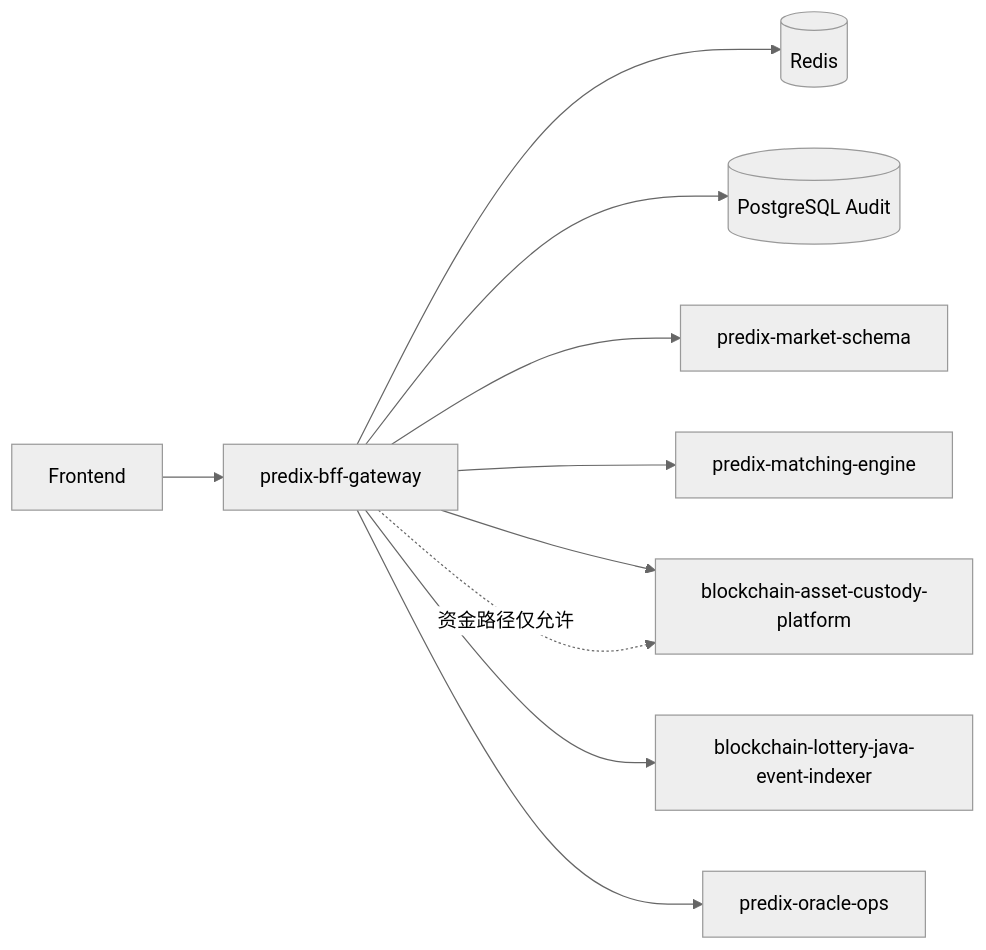
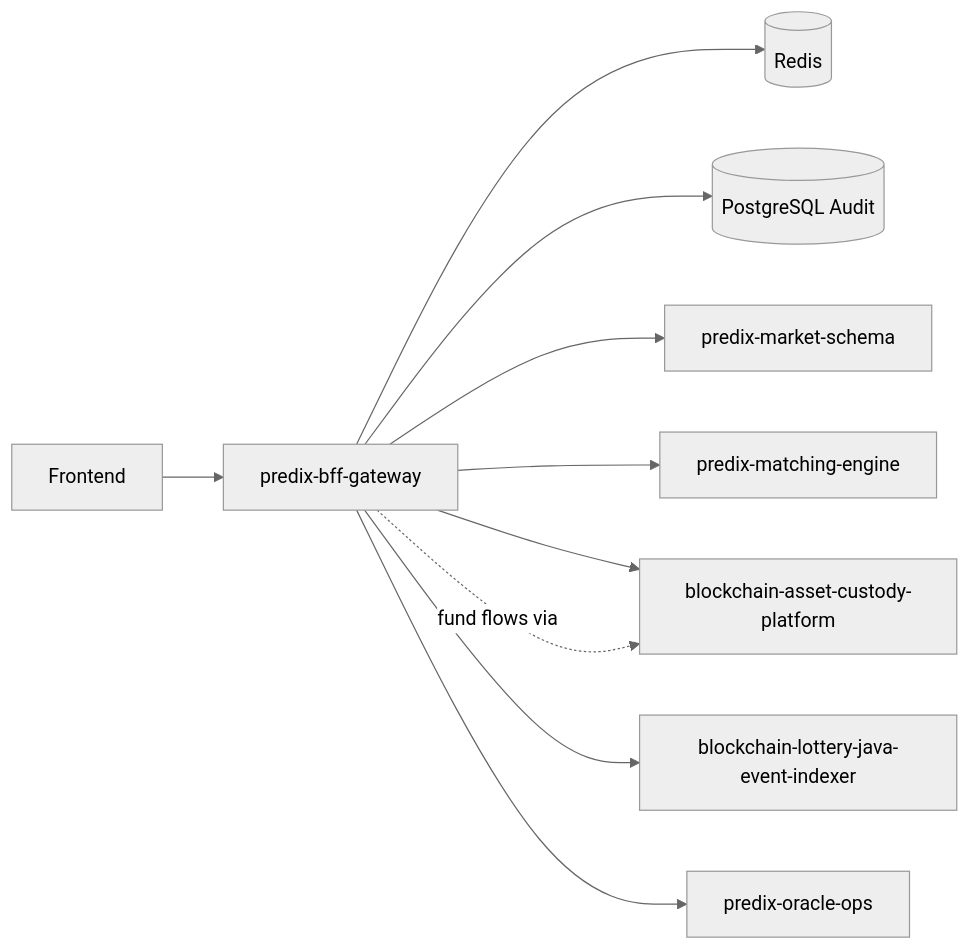
One commit to predix-sea/predix-bff-gateway changed the diagram in README.md. Above: the diagram before and after it, drawn with Mermaid (neutral theme). The commit also changed other lines of this file, not shown here.

````diff
--- a/README.md
+++ b/README.md
@@ -109,12 +143,12 @@
 ```mermaid
 flowchart LR
   FE[Frontend] --> BFF[predix-bff-gateway]
   BFF --> Redis[(Redis)]
   BFF --> PG[(PostgreSQL Audit)]
   BFF --> MS[predix-market-schema]
   BFF --> ME[predix-matching-engine]
   BFF --> BACP[blockchain-asset-custody-platform]
   BFF --> IDX[blockchain-lottery-java-event-indexer]
   BFF --> OO[predix-oracle-ops]
-  BFF -.->|资金路径仅允许| BACP
+  BFF -.->|fund flows via| BACP
 ```
````
